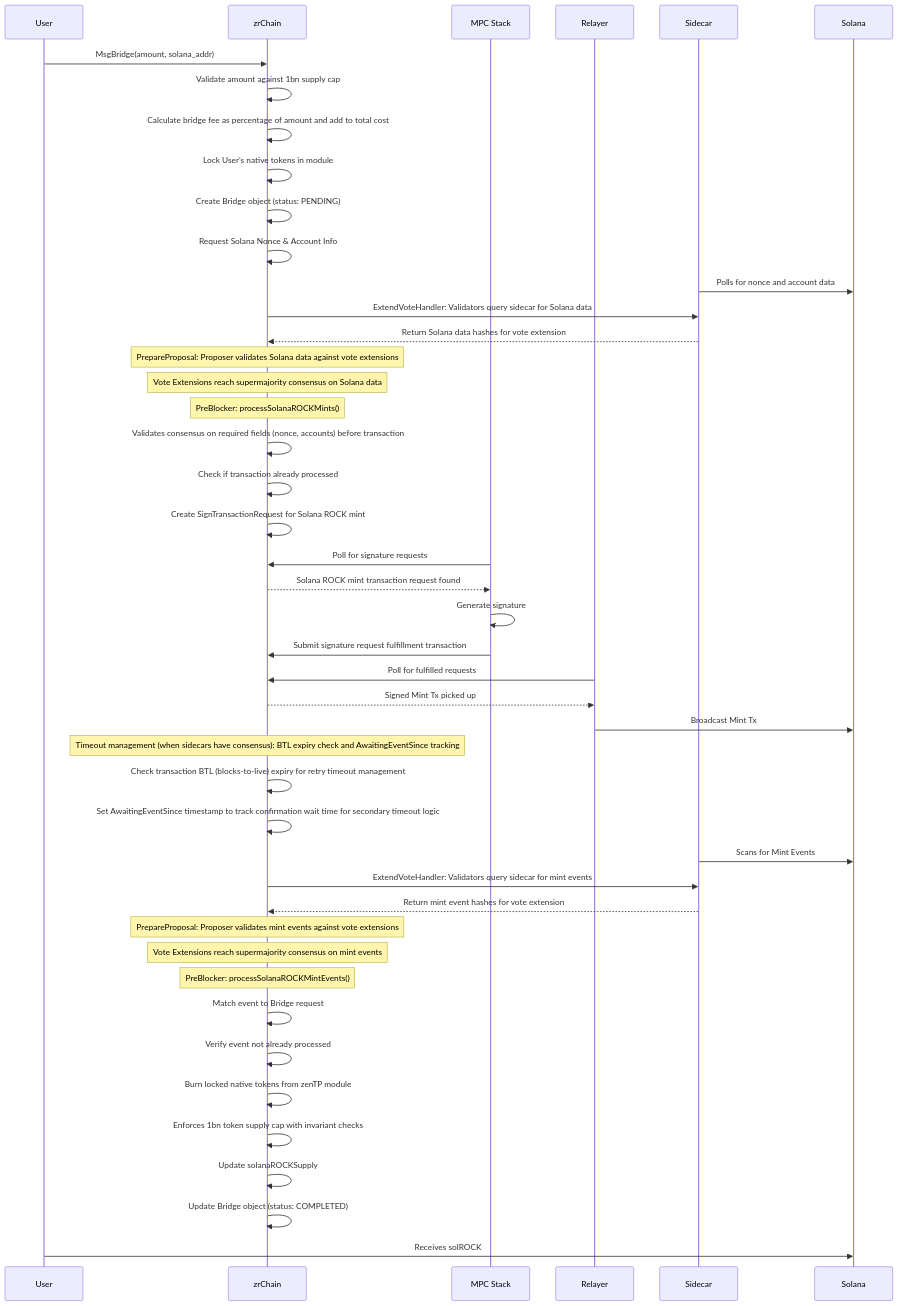
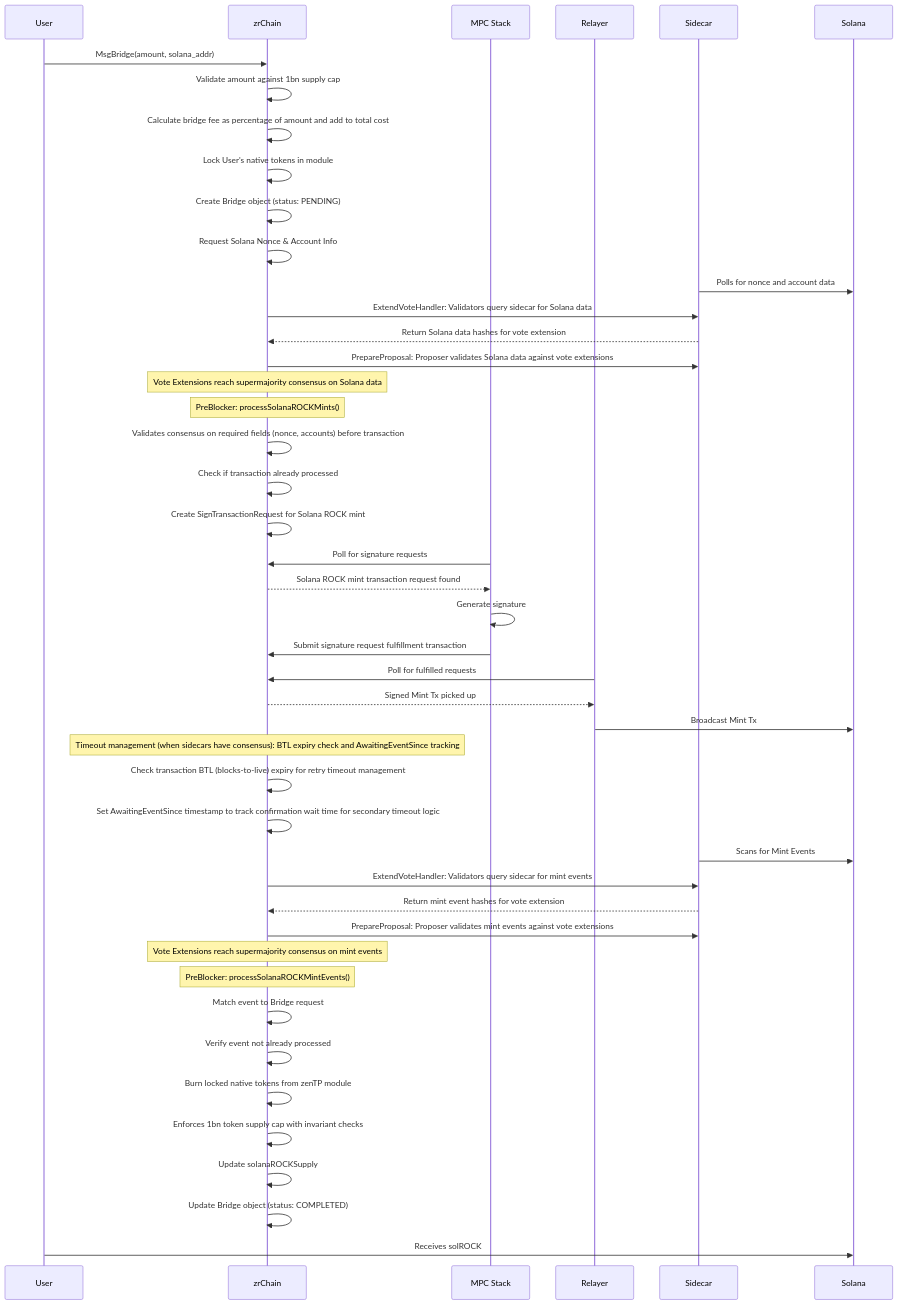
One commit to zenrocklabs/zrchain changed the third of 4 diagrams in docs/README.md. Above: the diagram before and after it, drawn with Mermaid. The commit also changed other lines of this file, not shown here.

````diff
--- a/docs/README.md
+++ b/docs/README.md
@@ -310,50 +309,50 @@
 ```mermaid
 sequenceDiagram
     participant User
     participant zrChain
     participant MPC Stack
     participant Relayer
     participant Sidecar
     participant Solana
 
     User->>zrChain: MsgBridge(amount, solana_addr)
     zrChain->>zrChain: Validate amount against 1bn supply cap
     zrChain->>zrChain: Calculate bridge fee as percentage of amount and add to total cost
     zrChain->>zrChain: Lock User's native tokens in module
     zrChain->>zrChain: Create Bridge object (status: PENDING)
     zrChain->>zrChain: Request Solana Nonce & Account Info
 
     Sidecar->>Solana: Polls for nonce and account data
     zrChain->>Sidecar: ExtendVoteHandler: Validators query sidecar for Solana data
     Sidecar-->>zrChain: Return Solana data hashes for vote extension
-    Note over zrChain: PrepareProposal: Proposer validates Solana data against vote extensions
+    zrChain->>Sidecar: PrepareProposal: Proposer validates Solana data against vote extensions
     Note over zrChain: Vote Extensions reach supermajority consensus on Solana data
     Note over zrChain: PreBlocker: processSolanaROCKMints()
     zrChain->>zrChain: Validates consensus on required fields (nonce, accounts) before transaction
     zrChain->>zrChain: Check if transaction already processed
     zrChain->>zrChain: Create SignTransactionRequest for Solana ROCK mint
     MPC Stack->>zrChain: Poll for signature requests
     zrChain-->>MPC Stack: Solana ROCK mint transaction request found
     MPC Stack->>MPC Stack: Generate signature
     MPC Stack->>zrChain: Submit signature request fulfillment transaction
     Relayer->>zrChain: Poll for fulfilled requests
     zrChain-->>Relayer: Signed Mint Tx picked up
     Relayer->>Solana: Broadcast Mint Tx
     Note over zrChain: Timeout management (when sidecars have consensus): BTL expiry check and AwaitingEventSince tracking
     zrChain->>zrChain: Check transaction BTL (blocks-to-live) expiry for retry timeout management
     zrChain->>zrChain: Set AwaitingEventSince timestamp to track confirmation wait time for secondary timeout logic
 
     Sidecar->>Solana: Scans for Mint Events
     zrChain->>Sidecar: ExtendVoteHandler: Validators query sidecar for mint events
     Sidecar-->>zrChain: Return mint event hashes for vote extension
-    Note over zrChain: PrepareProposal: Proposer validates mint events against vote extensions
+    zrChain->>Sidecar: PrepareProposal: Proposer validates mint events against vote extensions
     Note over zrChain: Vote Extensions reach supermajority consensus on mint events
     Note over zrChain: PreBlocker: processSolanaROCKMintEvents()
     zrChain->>zrChain: Match event to Bridge request
     zrChain->>zrChain: Verify event not already processed
     zrChain->>zrChain: Burn locked native tokens from zenTP module
     zrChain->>zrChain: Enforces 1bn token supply cap with invariant checks
     zrChain->>zrChain: Update solanaROCKSupply
     zrChain->>zrChain: Update Bridge object (status: COMPLETED)
     User->>Solana: Receives solROCK
 ```
````
